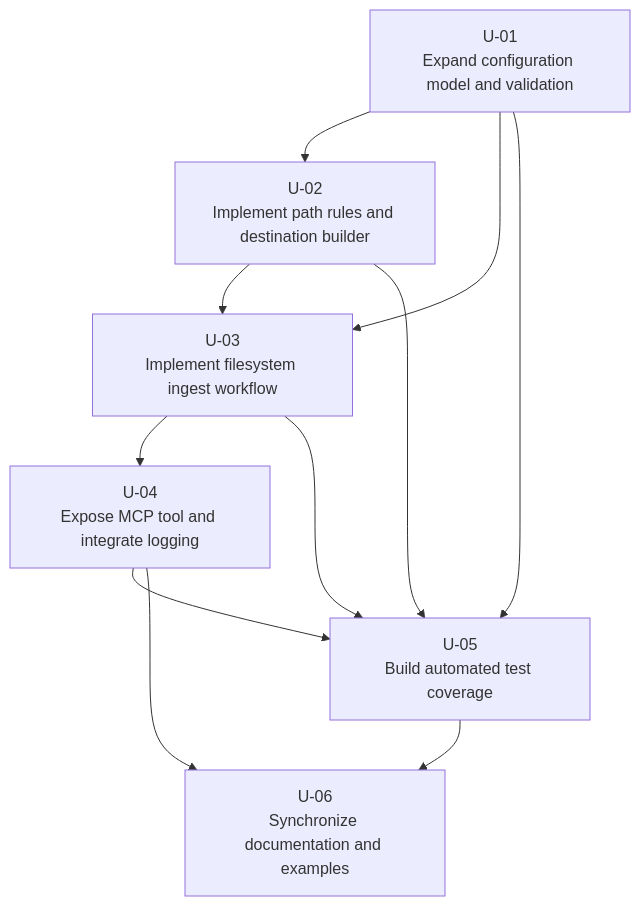
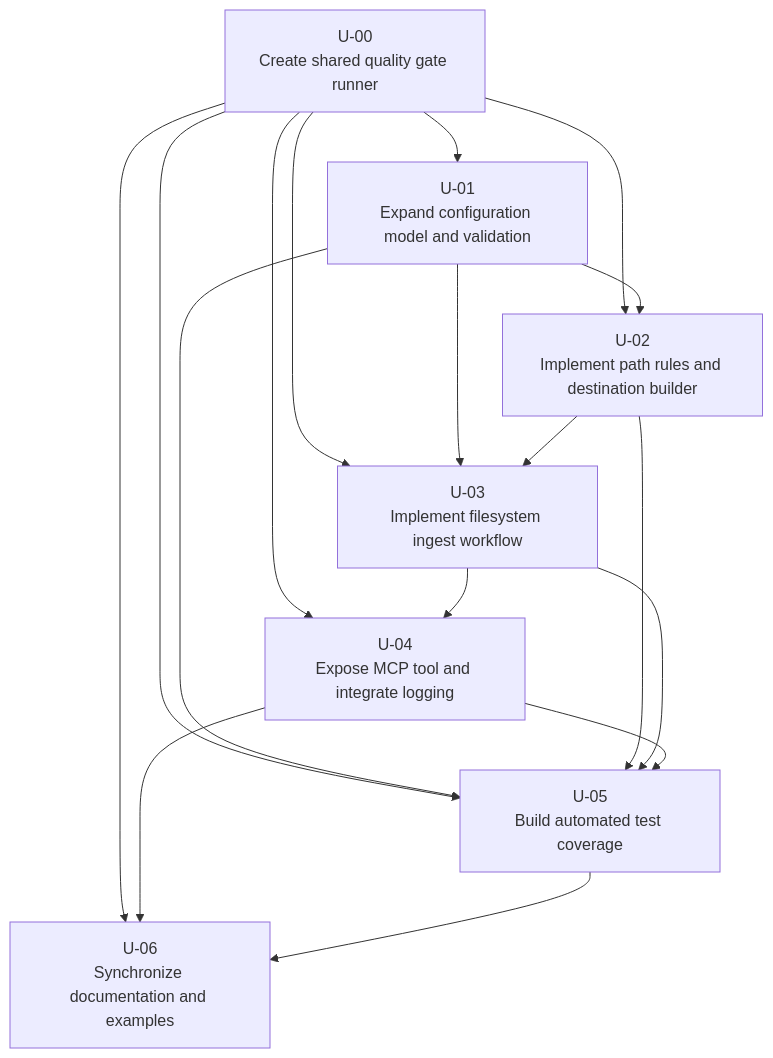
The diagram in docs/software-development-lifecycle/work_plan.md (sesopenko/mcp-media-library-manager), drawn with Mermaid before and after one commit. The commit also changed other lines of this file and 1 other file, not shown here.

````diff
--- a/docs/software-development-lifecycle/work_plan.md
+++ b/docs/software-development-lifecycle/work_plan.md
@@ -3,20 +3,34 @@
 ```mermaid
 flowchart TD
-    U01[U-01\nExpand configuration model and validation]
-    U02[U-02\nImplement path rules and destination builder]
-    U03[U-03\nImplement filesystem ingest workflow]
-    U04[U-04\nExpose MCP tool and integrate logging]
-    U05[U-05\nBuild automated test coverage]
-    U06[U-06\nSynchronize documentation and examples]
+    U00[U-00
+Create shared quality gate runner]
+    U01[U-01
+Expand configuration model and validation]
+    U02[U-02
+Implement path rules and destination builder]
+    U03[U-03
+Implement filesystem ingest workflow]
+    U04[U-04
+Expose MCP tool and integrate logging]
+    U05[U-05
+Build automated test coverage]
+    U06[U-06
+Synchronize documentation and examples]
 
+    U00 --> U01
+    U00 --> U02
+    U00 --> U03
+    U00 --> U04
+    U00 --> U05
+    U00 --> U06
     U01 --> U02
     U01 --> U03
     U02 --> U03
     U03 --> U04
     U01 --> U05
     U02 --> U05
     U03 --> U05
     U04 --> U05
     U04 --> U06
     U05 --> U06
 ```
````
